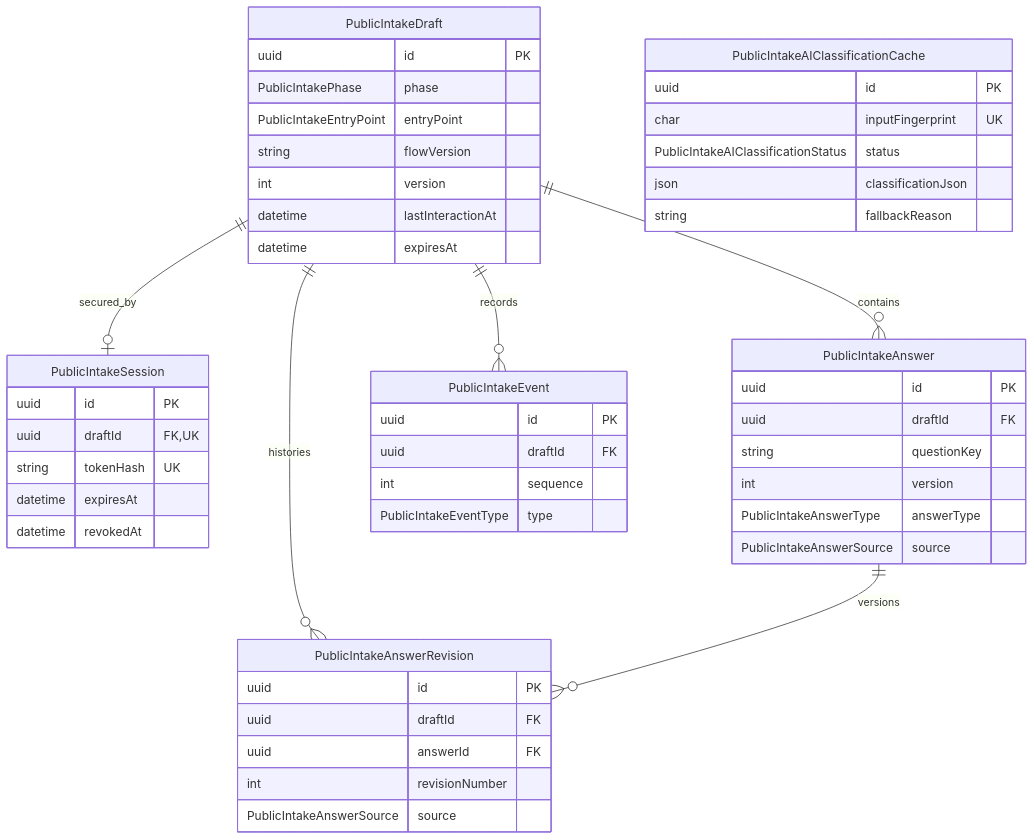
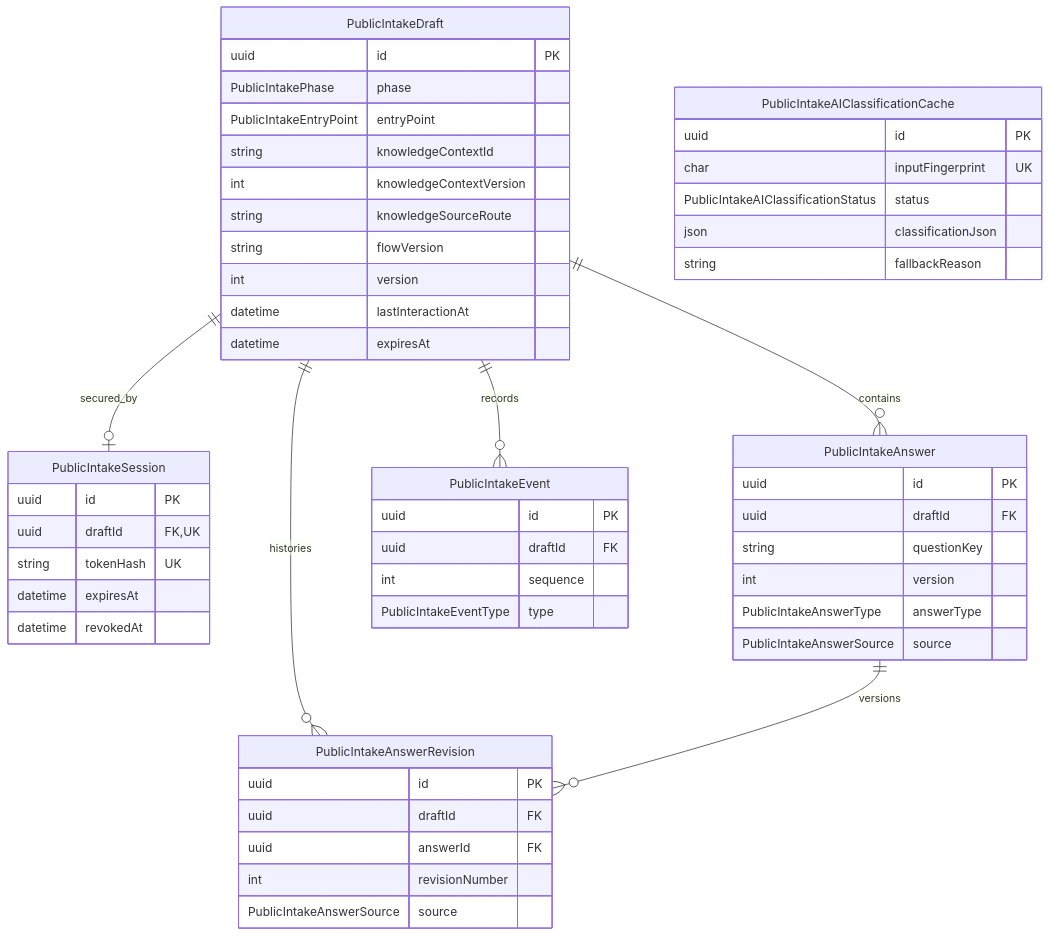
One commit to WorkMatchr/platform changed the second of 17 diagrams in docs/ERD.md. Above: the diagram before and after it, drawn with Mermaid. The commit also changed other lines of this file and 400 other files, not shown here.

````diff
--- a/docs/ERD.md
+++ b/docs/ERD.md
@@ -7,52 +23,55 @@
 ```mermaid
 erDiagram
   PublicIntakeDraft ||--o| PublicIntakeSession : secured_by
   PublicIntakeDraft ||--o{ PublicIntakeAnswer : contains
   PublicIntakeDraft ||--o{ PublicIntakeAnswerRevision : histories
   PublicIntakeDraft ||--o{ PublicIntakeEvent : records
   PublicIntakeAnswer ||--o{ PublicIntakeAnswerRevision : versions
   PublicIntakeAIClassificationCache {
     uuid id PK
     char inputFingerprint UK
     PublicIntakeAIClassificationStatus status
     json classificationJson
     string fallbackReason
   }
   PublicIntakeDraft {
     uuid id PK
     PublicIntakePhase phase
     PublicIntakeEntryPoint entryPoint
+    string knowledgeContextId
+    int knowledgeContextVersion
+    string knowledgeSourceRoute
     string flowVersion
     int version
     datetime lastInteractionAt
     datetime expiresAt
   }
   PublicIntakeSession {
     uuid id PK
     uuid draftId FK,UK
     string tokenHash UK
     datetime expiresAt
     datetime revokedAt
   }
   PublicIntakeAnswer {
     uuid id PK
     uuid draftId FK
     string questionKey
     int version
     PublicIntakeAnswerType answerType
     PublicIntakeAnswerSource source
   }
   PublicIntakeAnswerRevision {
     uuid id PK
     uuid draftId FK
     uuid answerId FK
     int revisionNumber
     PublicIntakeAnswerSource source
   }
   PublicIntakeEvent {
     uuid id PK
     uuid draftId FK
     int sequence
     PublicIntakeEventType type
   }
 ```
````
